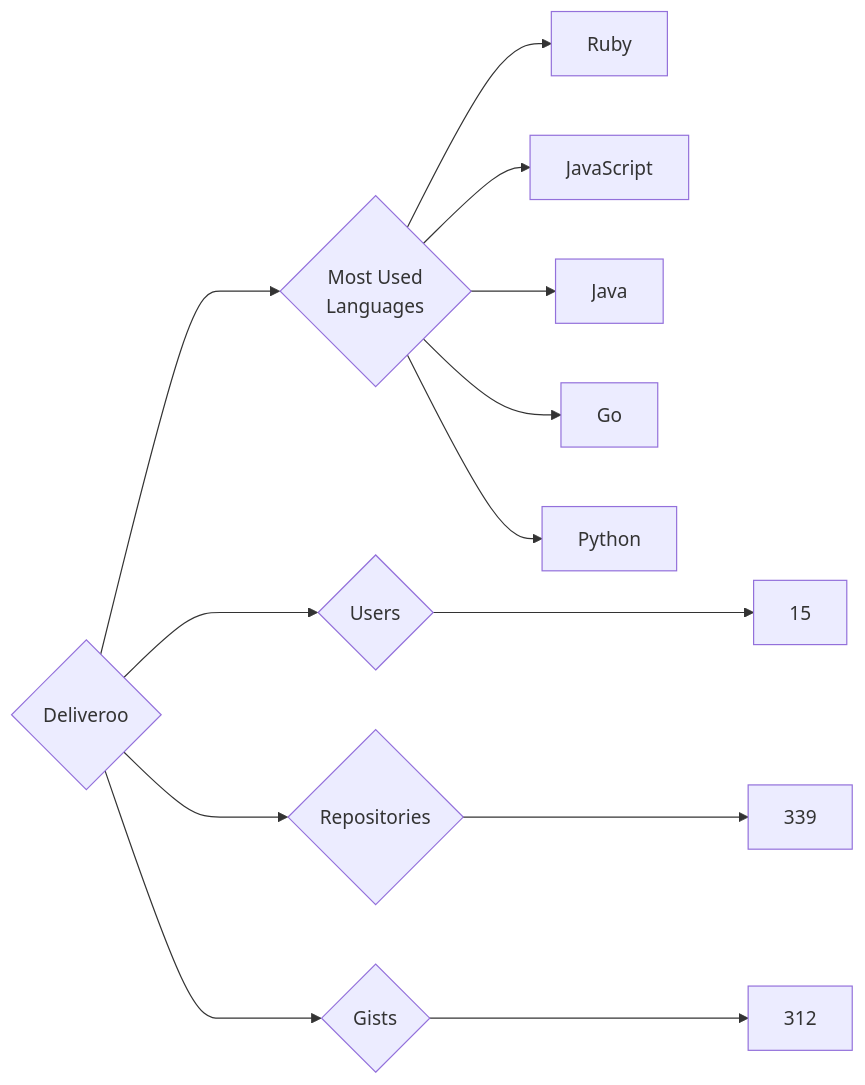
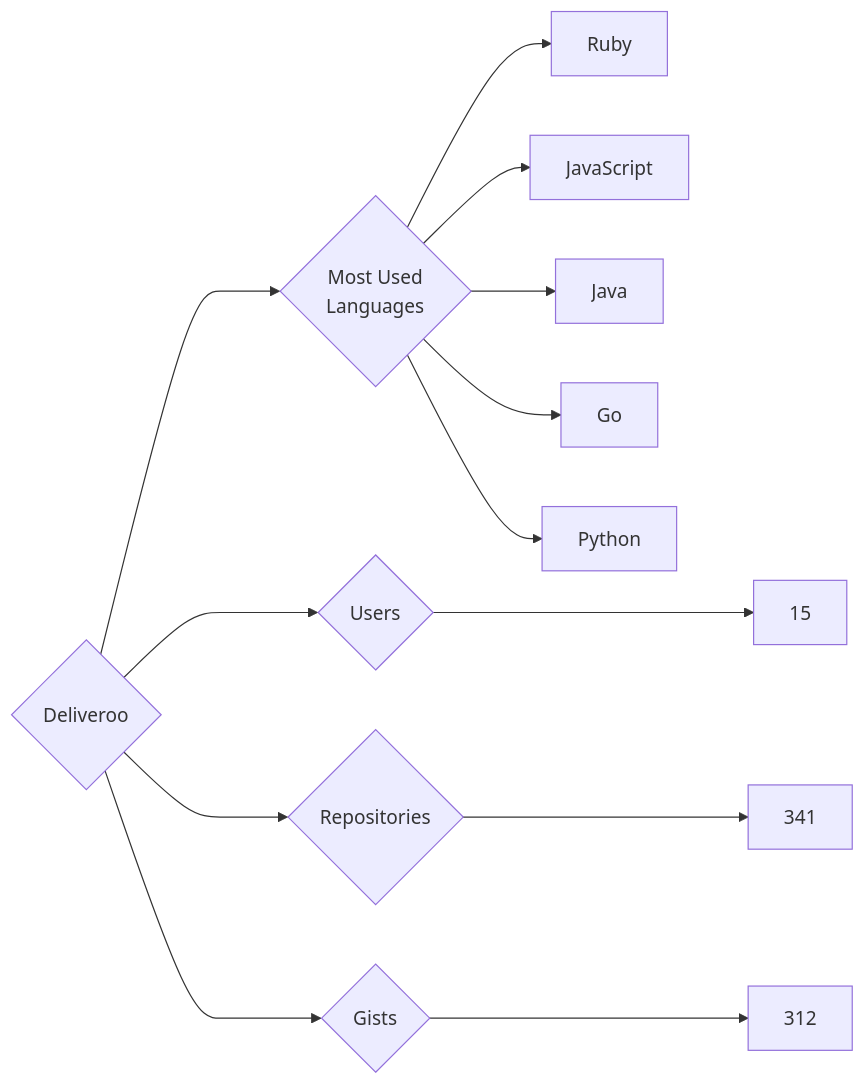
The diagram in targets/Deliveroo/README.md (trickest/insiders), drawn with Mermaid before and after one commit. The commit also changed 681 other files, not shown here.

````diff
--- a/targets/Deliveroo/README.md
+++ b/targets/Deliveroo/README.md
@@ -3,13 +3,13 @@
 ```mermaid
 graph LR
 COMPANY_NAME{Deliveroo}
 COMPANY_NAME ---> U{Users} ---> UN[15]
-COMPANY_NAME ---> R{Repositories} ---> RN[339]
+COMPANY_NAME ---> R{Repositories} ---> RN[341]
 COMPANY_NAME ---> G{Gists} ---> GN[312]
 COMPANY_NAME ---> ML{Most Used<br>Languages}
 ML --> Ruby[Ruby]
 ML --> JavaScript[JavaScript]
 ML --> Java[Java]
 ML --> Go[Go]
 ML --> Python[Python]
 ```
````
